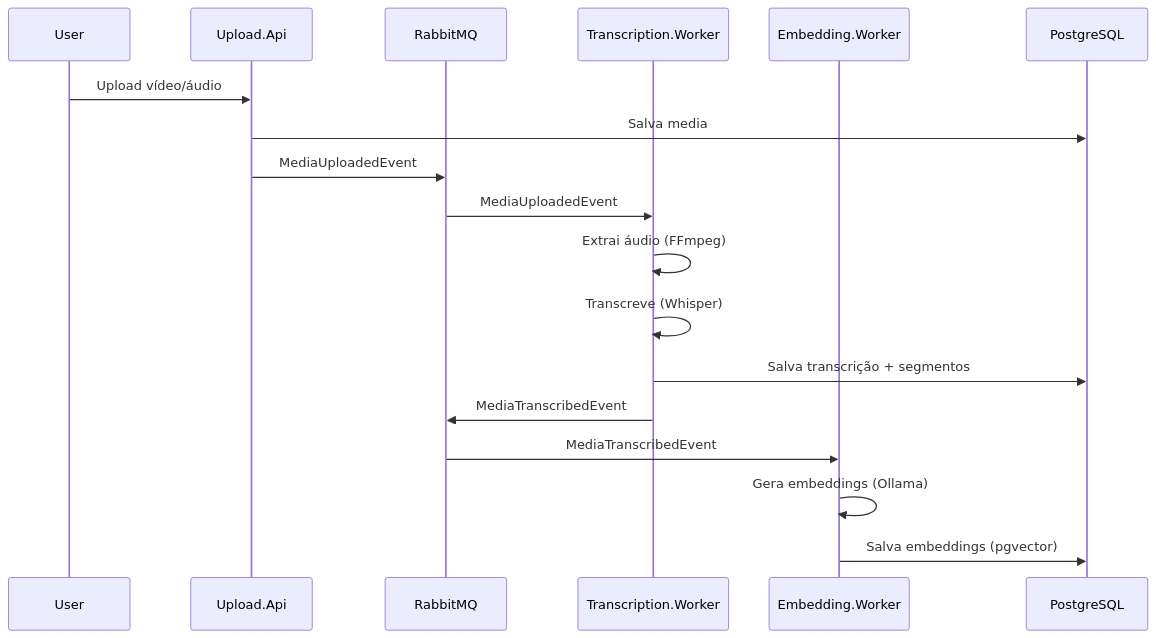
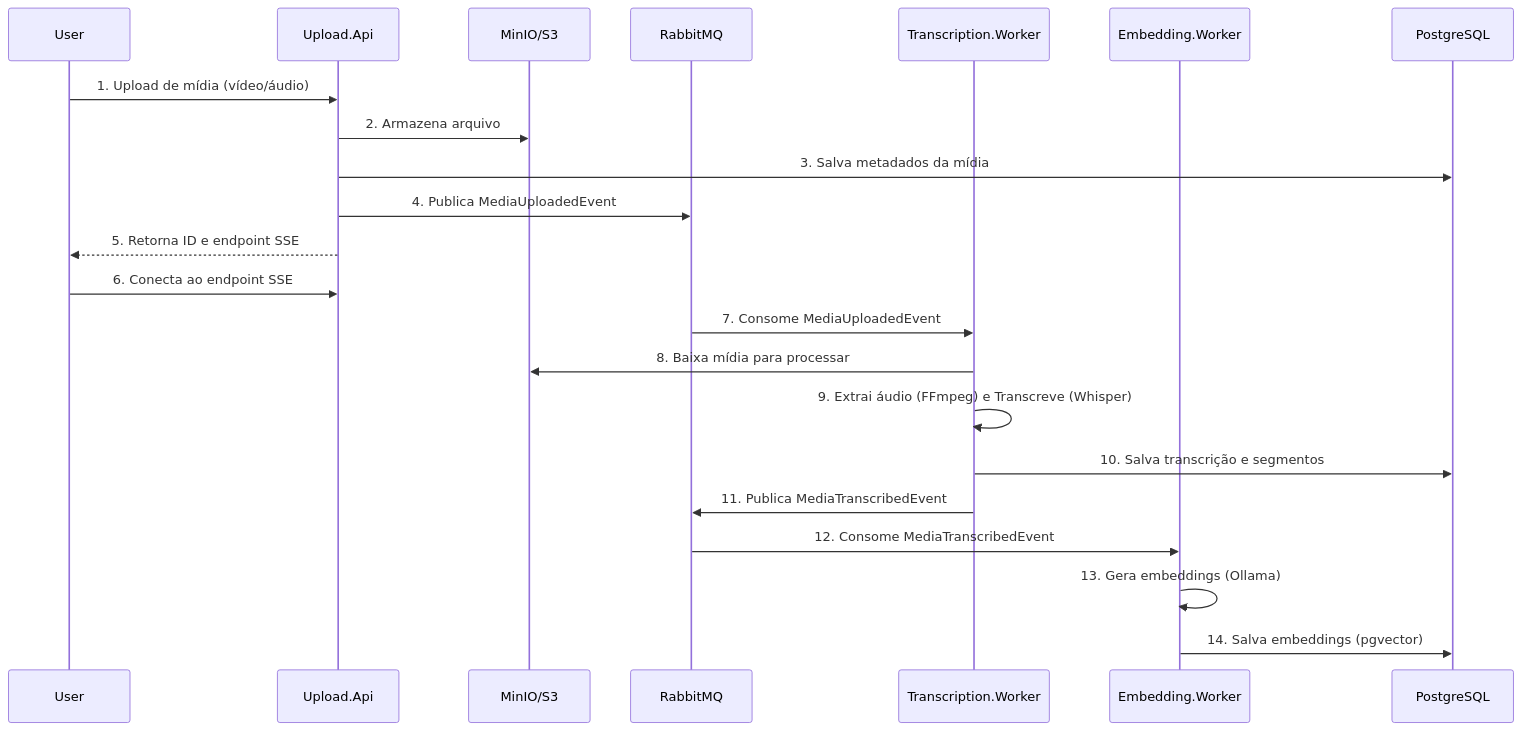
Before and after one commit to Brendon3578/MediaTranscriptKnowledgeRAG: the second of 3 diagrams in README.md, drawn with Mermaid. The commit also changed other lines of this file, not shown here.

````diff
--- a/README.md
+++ b/README.md
@@ -91,23 +171,28 @@
 ```mermaid
 sequenceDiagram
     participant U as User
     participant UA as Upload.Api
+    participant S3 as MinIO/S3
     participant MQ as RabbitMQ
     participant TW as Transcription.Worker
     participant EW as Embedding.Worker
     participant DB as PostgreSQL
 
-    U ->> UA: Upload vídeo/áudio
-    UA ->> DB: Salva media
-    UA ->> MQ: MediaUploadedEvent
+    U ->> UA: 1. Upload de mídia (vídeo/áudio)
+    UA ->> S3: 2. Armazena arquivo
+    UA ->> DB: 3. Salva metadados da mídia
+    UA ->> MQ: 4. Publica MediaUploadedEvent
+    UA -->> U: 5. Retorna ID e endpoint SSE
 
-    MQ ->> TW: MediaUploadedEvent
-    TW ->> TW: Extrai áudio (FFmpeg)
-    TW ->> TW: Transcreve (Whisper)
-    TW ->> DB: Salva transcrição + segmentos
-    TW ->> MQ: MediaTranscribedEvent
+    U ->> UA: 6. Conecta ao endpoint SSE
 
-    MQ ->> EW: MediaTranscribedEvent
-    EW ->> EW: Gera embeddings (Ollama)
-    EW ->> DB: Salva embeddings (pgvector)
+    MQ ->> TW: 7. Consome MediaUploadedEvent
+    TW ->> S3: 8. Baixa mídia para processar
+    TW ->> TW: 9. Extrai áudio (FFmpeg) e Transcreve (Whisper)
+    TW ->> DB: 10. Salva transcrição e segmentos
+    TW ->> MQ: 11. Publica MediaTranscribedEvent
+
+    MQ ->> EW: 12. Consome MediaTranscribedEvent
+    EW ->> EW: 13. Gera embeddings (Ollama)
+    EW ->> DB: 14. Salva embeddings (pgvector)
 ```
````
